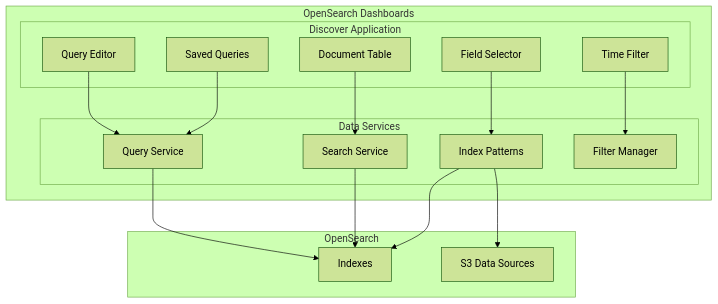
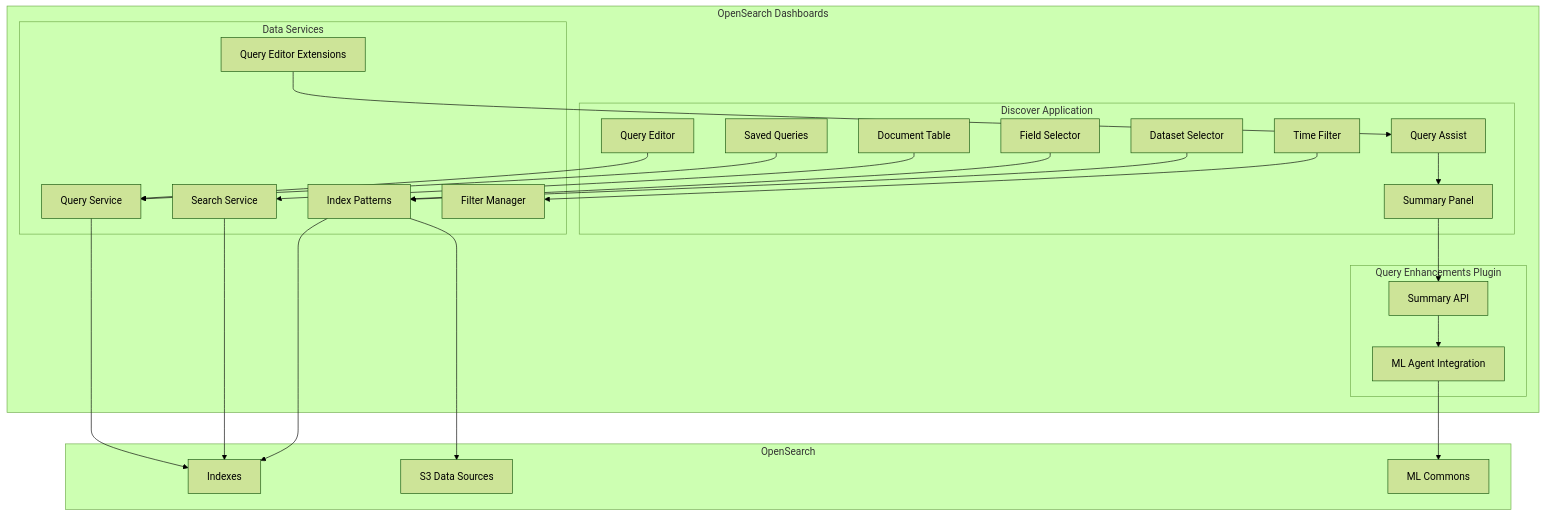
The first of 2 diagrams in docs/features/opensearch-dashboards/discover.md (tkykenmt/opensearch-feature-explorer), drawn with Mermaid (forest theme) before and after one commit. The commit also changed other lines of this file and 2 other files, not shown here.

````diff
--- a/docs/features/opensearch-dashboards/discover.md
+++ b/docs/features/opensearch-dashboards/discover.md
@@ -11,32 +11,47 @@
 ```mermaid
 graph TB
     subgraph "OpenSearch Dashboards"
         subgraph "Discover Application"
             QE[Query Editor]
+            QA[Query Assist]
+            SP[Summary Panel]
             TF[Time Filter]
             FS[Field Selector]
             DT[Document Table]
             SQ[Saved Queries]
+            DS[Dataset Selector]
         end
         subgraph "Data Services"
             QS[Query Service]
             SS[Search Service]
             IP[Index Patterns]
             FM[Filter Manager]
+            QEC[Query Editor Extensions]
+        end
+        subgraph "Query Enhancements Plugin"
+            SAP[Summary API]
+            MLA[ML Agent Integration]
         end
     end
     subgraph "OpenSearch"
         IDX[Indexes]
         S3[S3 Data Sources]
+        ML[ML Commons]
     end
     
     QE --> QS
+    QA --> SP
+    SP --> SAP
+    SAP --> MLA
+    MLA --> ML
     TF --> FM
     FS --> IP
     DT --> SS
     SQ --> QS
+    DS --> IP
     QS --> IDX
     SS --> IDX
     IP --> IDX
     IP --> S3
+    QEC --> QA
 ```
````
